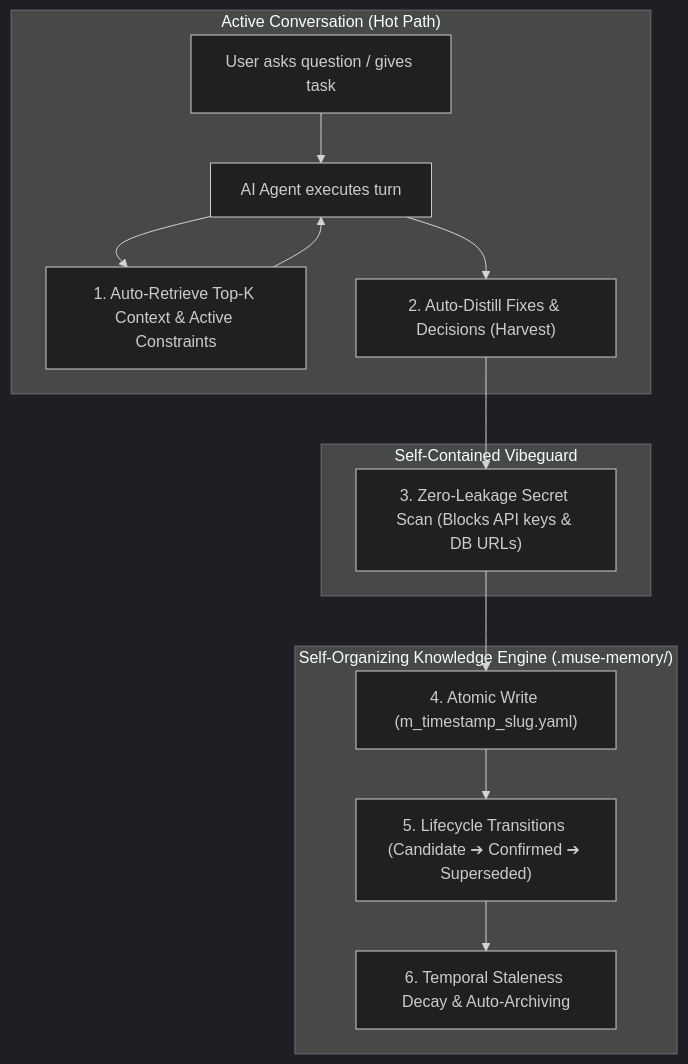
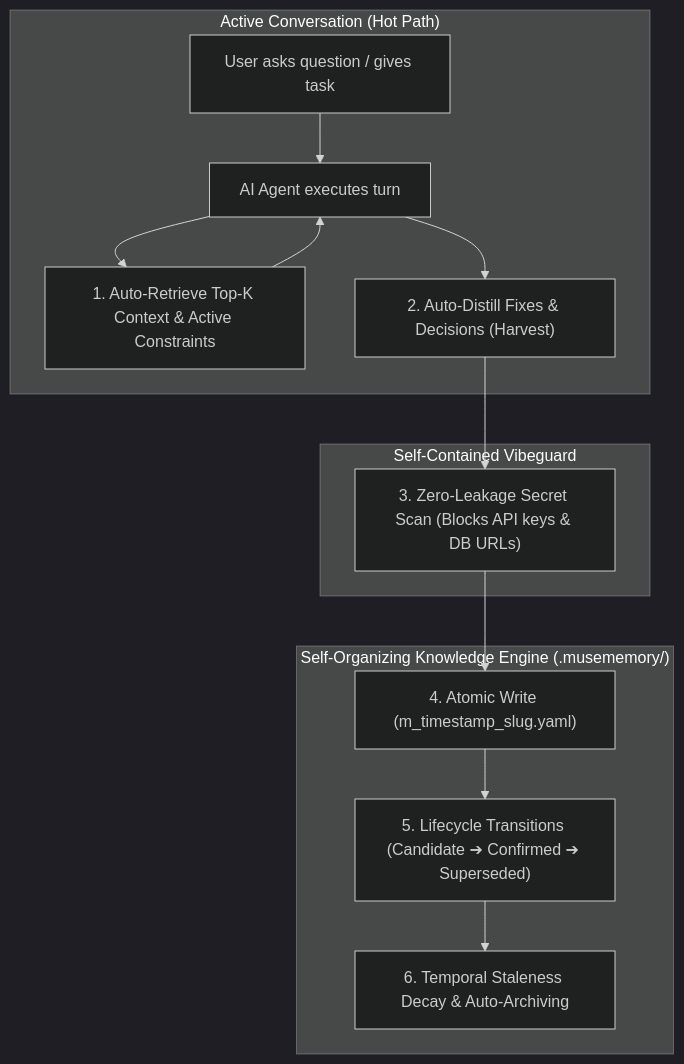
The diagram in README.md (harshsinghmp/musememory), drawn with Mermaid (dark theme) before and after one commit. The commit also changed other lines of this file and 7 other files, not shown here.

First line of the commit message:
feat(brand): establish Muse Memory brand with concise memory command and musememory infra

````diff
--- a/README.md
+++ b/README.md
@@ -80,28 +90,28 @@
 ```mermaid
 flowchart TD
     subgraph HotPath["Active Conversation (Hot Path)"]
         User["User asks question / gives task"]
         Agent["AI Agent executes turn"]
         Recall["1. Auto-Retrieve Top-K Context & Active Constraints"]
         Distill["2. Auto-Distill Fixes & Decisions (Harvest)"]
     end
 
     subgraph DefenseGate["Self-Contained Vibeguard"]
         Scan["3. Zero-Leakage Secret Scan (Blocks API keys & DB URLs)"]
     end
 
-    subgraph StoreLifecycle["Self-Organizing Knowledge Engine (.muse-memory/)"]
+    subgraph StoreLifecycle["Self-Organizing Knowledge Engine (.musememory/)"]
         Atomic["4. Atomic Write (m_timestamp_slug.yaml)"]
         Lifecycle["5. Lifecycle Transitions (Candidate ➔ Confirmed ➔ Superseded)"]
         Decay["6. Temporal Staleness Decay & Auto-Archiving"]
     end
 
     User --> Agent
     Agent --> Recall
     Recall --> Agent
     Agent --> Distill
     Distill --> Scan
     Scan --> Atomic
     Atomic --> Lifecycle
     Lifecycle --> Decay
 ```
````
